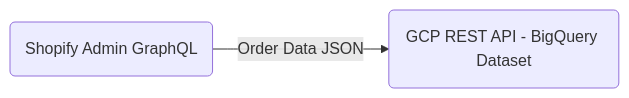
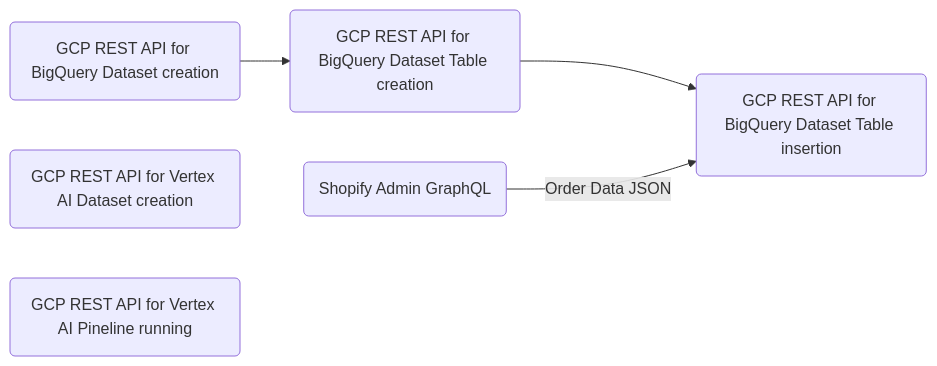
The diagram in README.GCP.md (benzookapi/shopify-gcp-demo), drawn with Mermaid before and after one commit.

````diff
--- a/README.GCP.md
+++ b/README.GCP.md
@@ -1,13 +1,25 @@
 ```mermaid
 
 graph LR
 
   ShopifyApi("Shopify Admin GraphQL")
 
-  GcpRestApiBigQueryDataSet("GCP REST API - BigQuery Dataset")
+  GcpRestApiBigQueryDataSet("GCP REST API for BigQuery Dataset creation")
 
-  ShopifyApi-->|Order Data JSON|GcpRestApiBigQueryDataSet
+  GcpRestApiBigQueryTable("GCP REST API for BigQuery Dataset Table creation")
+
+  GcpRestApiBigQueryInsert("GCP REST API for BigQuery Dataset Table insertion")
+
+  GcpRestApiVertexDataset("GCP REST API for Vertex AI Dataset creation")
+
+  GcpRestApiVertexRun("GCP REST API for Vertex AI Pineline running")
+
+  GcpRestApiBigQueryDataSet-->GcpRestApiBigQueryTable
+
+  GcpRestApiBigQueryTable-->GcpRestApiBigQueryInsert
+
+  ShopifyApi-->|Order Data JSON|GcpRestApiBigQueryInsert
 
 
 
 ```
````
